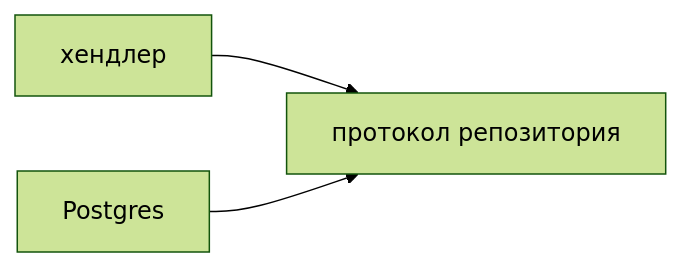
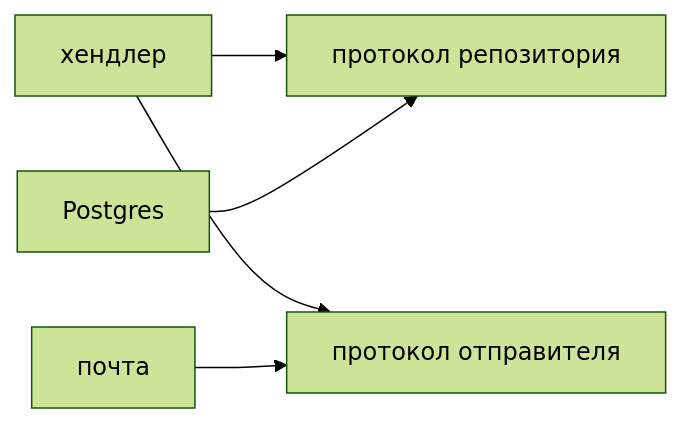
One commit to AlexanderNY/cursor_test changed the diagram in nine-to-eighteen/ui/src/data/learn/python/py25-solid.md. Above: the diagram before and after it, drawn with Mermaid (forest theme). The commit also changed other lines of this file and 40 other files, not shown here.

````diff
--- a/nine-to-eighteen/ui/src/data/learn/python/py25-solid.md
+++ b/nine-to-eighteen/ui/src/data/learn/python/py25-solid.md
@@ -56,5 +116,7 @@
 ```mermaid
 flowchart LR
   H[хендлер] --> P[протокол репозитория]
+  H --> N[протокол отправителя]
   R[Postgres] --> P
+  M[почта] --> N
 ```
````
